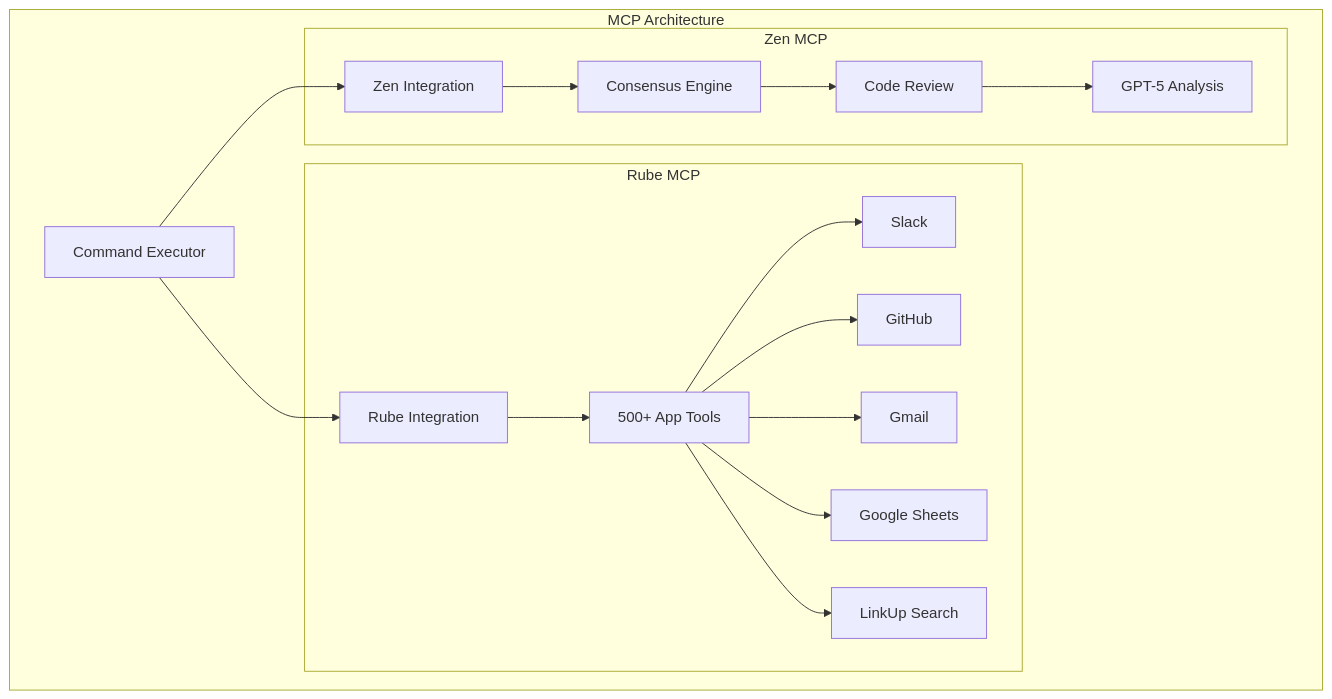
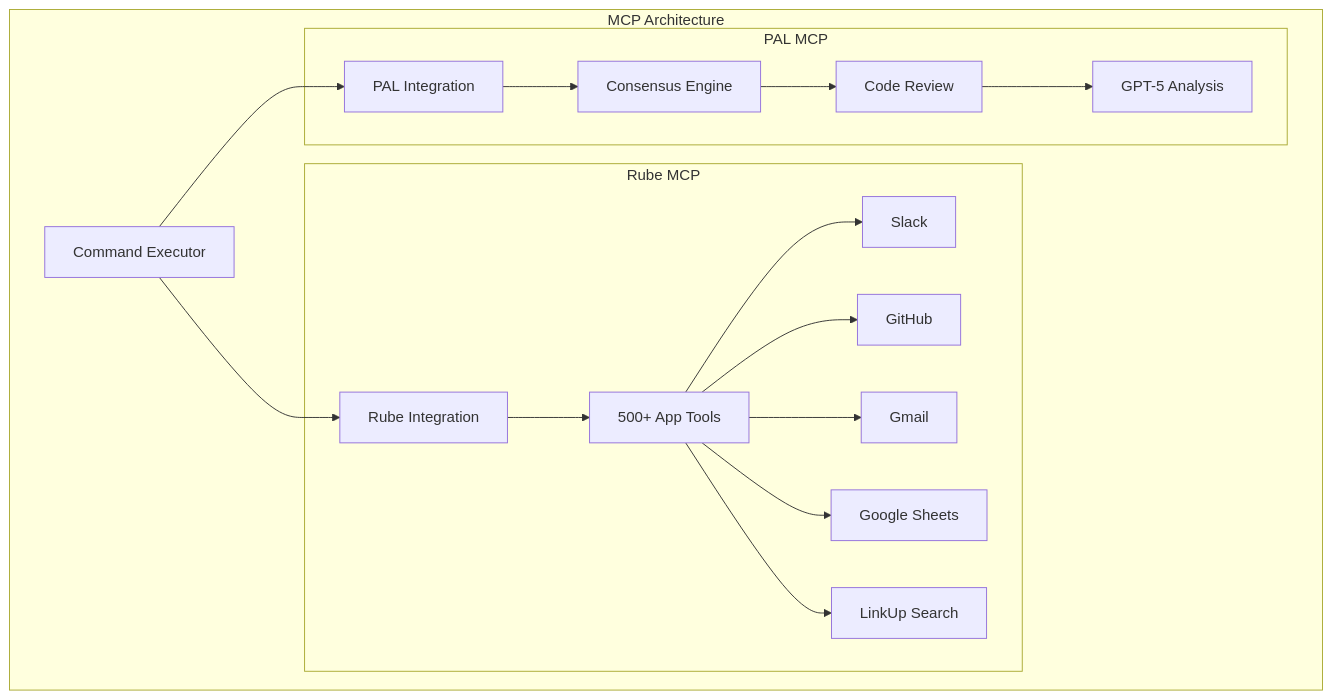
Diagram 12 of 16 in README.md (Tony363/SuperClaude), drawn with Mermaid before and after one commit. The commit also changed other lines of this file and 28 other files, not shown here.

````diff
--- a/README.md
+++ b/README.md
@@ -492,24 +492,24 @@
 ```mermaid
 graph TB
     subgraph "MCP Architecture"
         Executor[Command Executor]
 
         Executor --> RubeInt[Rube Integration]
-        Executor --> ZenInt[Zen Integration]
+        Executor --> PALInt[PAL Integration]
 
         subgraph "Rube MCP"
             RubeInt --> Tools[500+ App Tools]
             Tools --> Slack[Slack]
             Tools --> GitHub[GitHub]
             Tools --> Gmail[Gmail]
             Tools --> Sheets[Google Sheets]
             Tools --> LinkUp[LinkUp Search]
         end
 
-        subgraph "Zen MCP"
-            ZenInt --> Consensus[Consensus Engine]
+        subgraph "PAL MCP"
+            PALInt --> Consensus[Consensus Engine]
             Consensus --> Review[Code Review]
             Review --> GPT5[GPT-5 Analysis]
         end
     end
 ```
````
